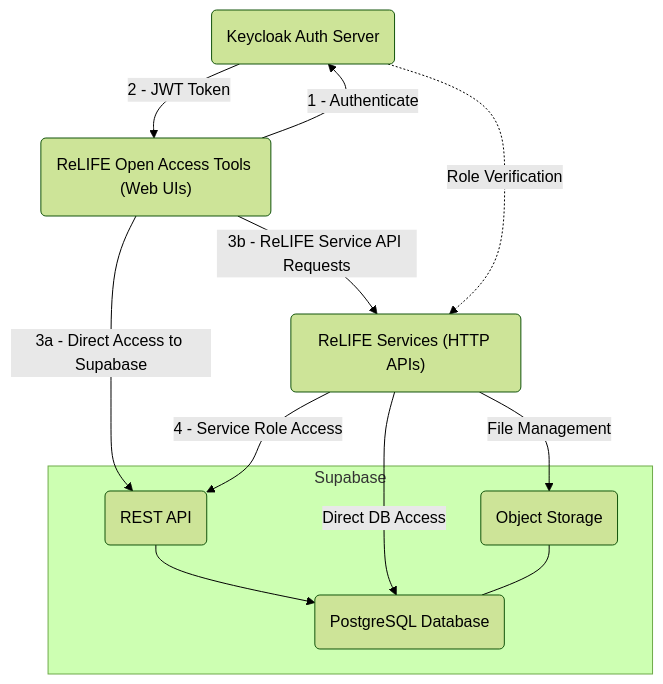
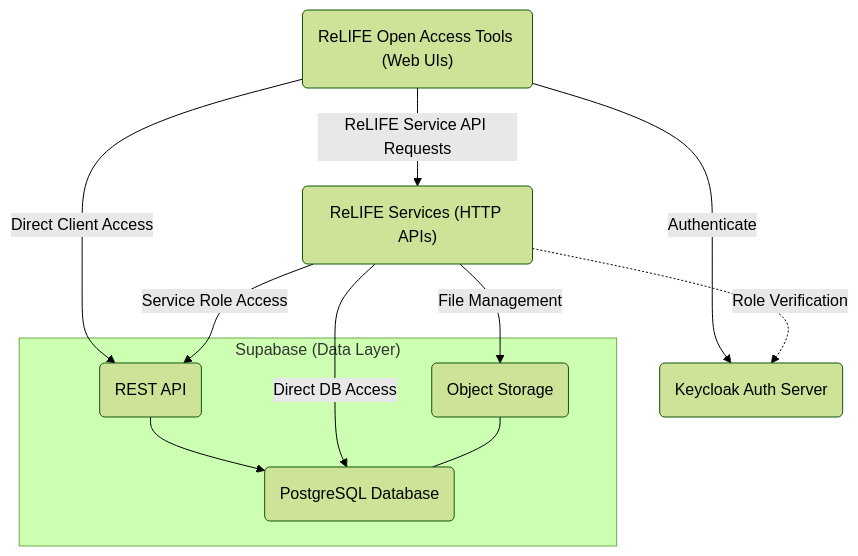
Before and after one commit to ReLIFE-Project-EU/relife-platform-data-layer: the diagram in README.md, drawn with Mermaid (forest theme). The commit also changed other lines of this file, not shown here.

Commit message:
📝 Minor updates for clarification

````diff
--- a/README.md
+++ b/README.md
@@ -7,33 +10,32 @@
 ```mermaid
 flowchart TD
     %% Core Components
     Keycloak("Keycloak Auth Server")
     
-    subgraph Supabase["Supabase"]
+    subgraph Supabase["Supabase (Data Layer)"]
         PostgreSQL("PostgreSQL Database")
         Storage("Object Storage")
         API("REST API")
     end
     
     OAT("ReLIFE Open Access Tools (Web UIs)")
     Service("ReLIFE Services (HTTP APIs)")
     
-    OAT -->|"1 - Authenticate"| Keycloak
-    Keycloak -->|"2 - JWT Token"| OAT
+    OAT -->|"Authenticate"| Keycloak
     
     %% Two Access Alternatives
-    OAT -->|"3a - Direct Access to Supabase"| API
-    OAT -->|"3b - ReLIFE Service API Requests"| Service
-    Service -->|"4 - Service Role Access"| API
+    OAT -->|"Direct Client Access"| API
+    OAT -->|"ReLIFE Service API Requests"| Service
+    Service -->|"Service Role Access"| API
     
     %% Database Access
     API --> PostgreSQL
     Service -->|"Direct DB Access"| PostgreSQL
     
     %% Storage Access
     Service -->|"File Management"| Storage
     
     %% Relationships
     Storage --- PostgreSQL
-    Keycloak -.->|"Role Verification"| Service
+    Service -.->|"Role Verification"| Keycloak
 ```
````
